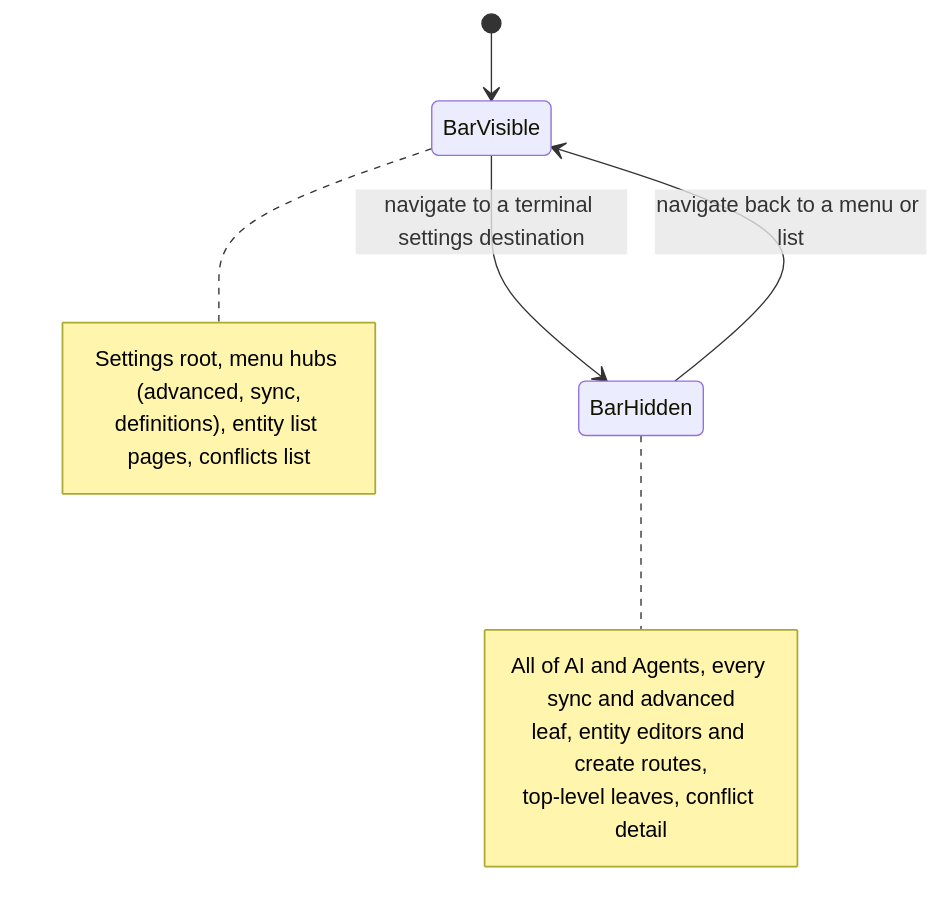
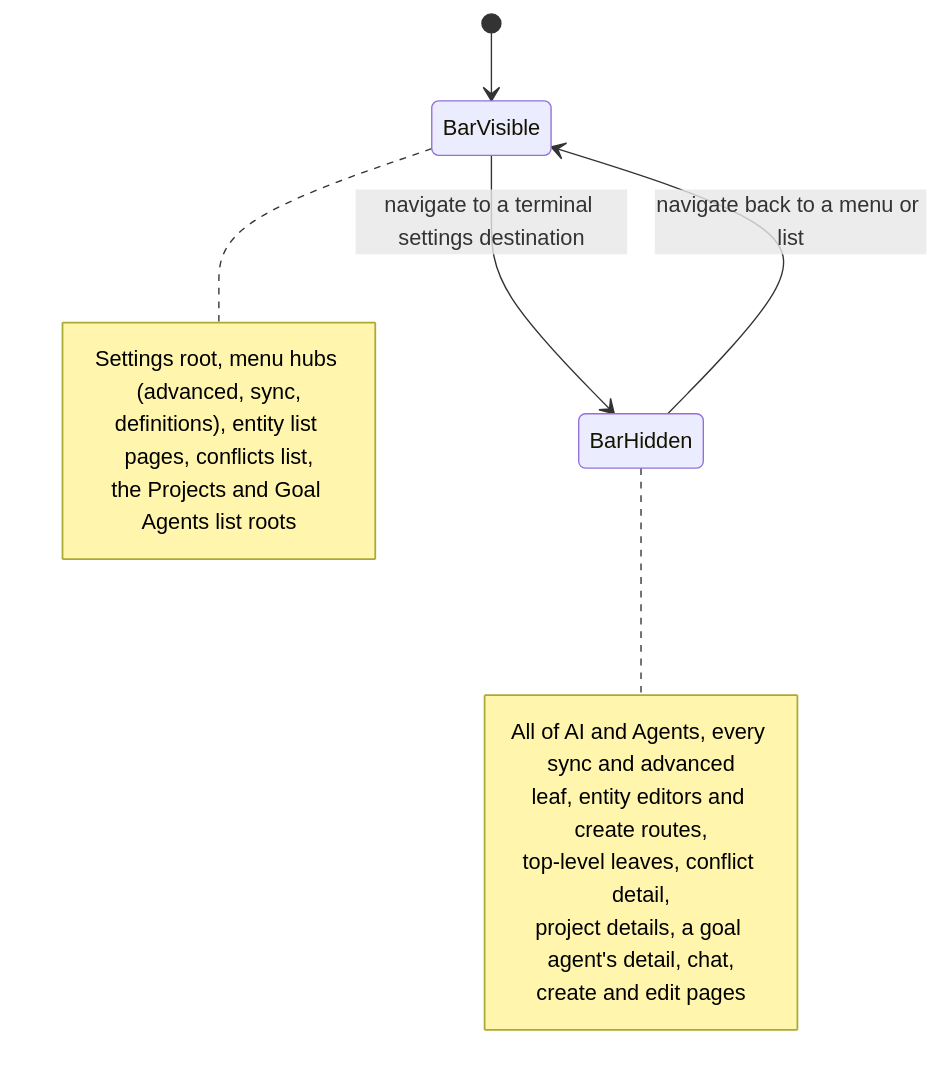
The second of 2 diagrams in knowledge/architecture/navigation.md (matthiasn/lotti), drawn with Mermaid before and after one commit. The commit also changed other lines of this file and 6 other files, not shown here.

````diff
--- a/knowledge/architecture/navigation.md
+++ b/knowledge/architecture/navigation.md
@@ -176,15 +200,18 @@
 ```mermaid
 stateDiagram-v2
     [*] --> BarVisible
     BarVisible --> BarHidden: navigate to a terminal settings destination
     BarHidden --> BarVisible: navigate back to a menu or list
     note right of BarVisible
       Settings root, menu hubs (advanced, sync,
-      definitions), entity list pages, conflicts list
+      definitions), entity list pages, conflicts list,
+      the Projects and Goal Agents list roots
     end note
     note right of BarHidden
       All of AI and Agents, every sync and advanced
       leaf, entity editors and create routes,
-      top-level leaves, conflict detail
+      top-level leaves, conflict detail,
+      project details, a goal agent's detail, chat,
+      create and edit pages
     end note
 ```
````
